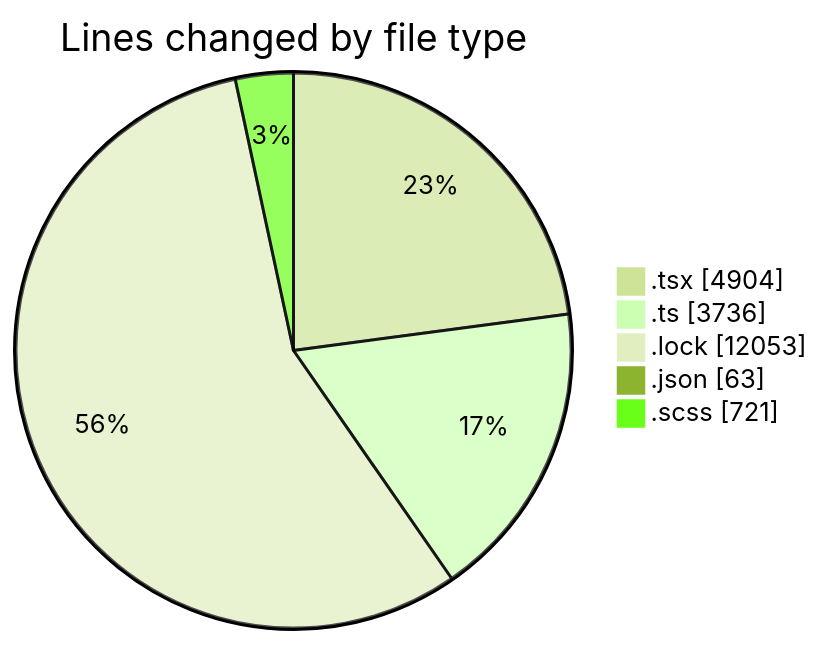
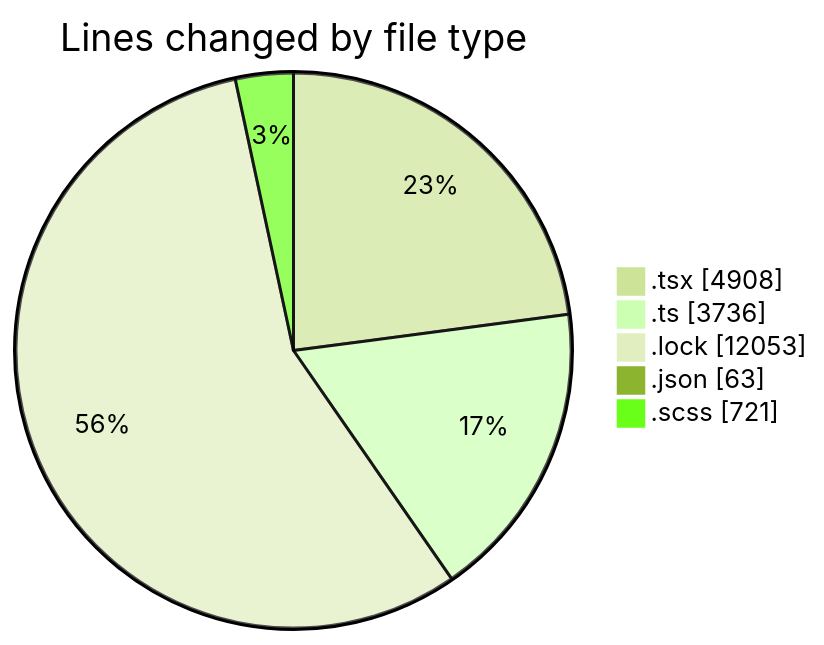
The first of 2 diagrams in 2025-12-03/cda/README.md (momahboobian/code-tracking), drawn with Mermaid (forest theme) before and after one commit. The commit also changed other lines of this file and 1 other file, not shown here.

````diff
--- a/2025-12-03/cda/README.md
+++ b/2025-12-03/cda/README.md
@@ -32,9 +32,9 @@
 ```mermaid
 pie showData
 title Lines changed by file type
-".tsx" : 4904
+".tsx" : 4908
 ".ts" : 3736
 ".lock" : 12053
 ".json" : 63
 ".scss" : 721
 ```
````
